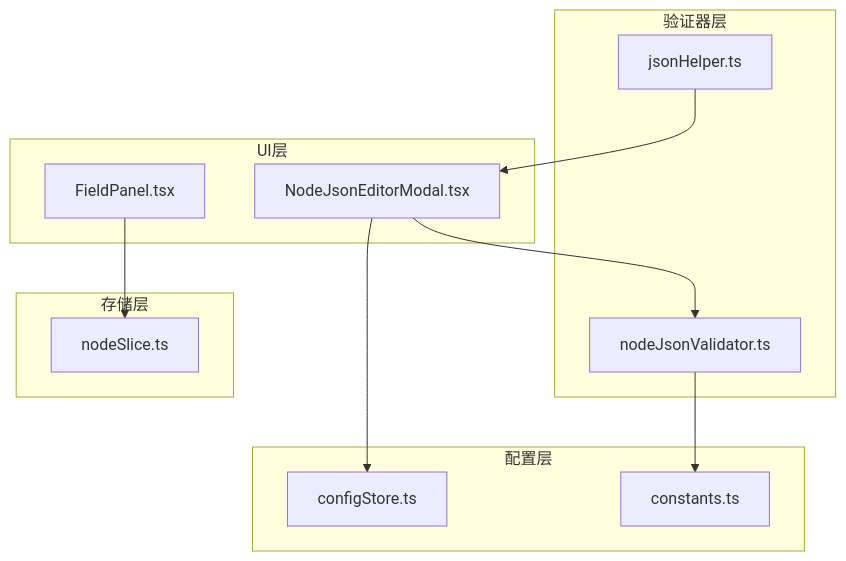
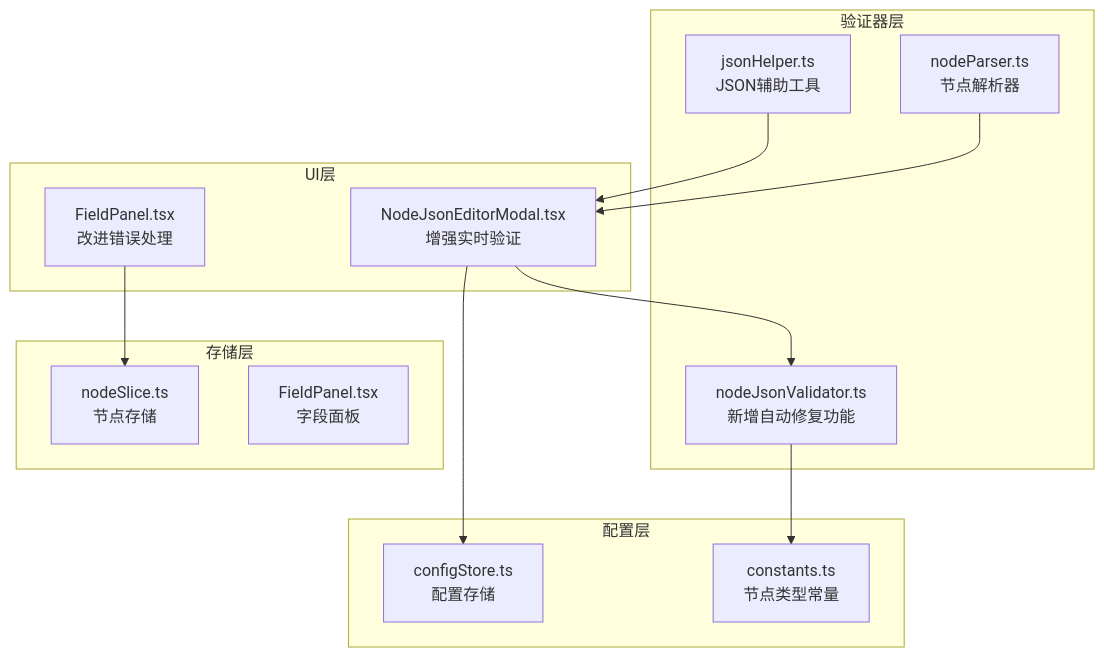
The sixth of 6 diagrams in .qoder/repowiki/zh/content/字段配置系统/字段验证系统/节点JSON验证器.md (kqcoxn/MaaPipelineEditor), drawn with Mermaid before and after one commit. The commit also changed other lines of this file and 17 other files, not shown here.

````diff
--- a/.qoder/repowiki/zh/content/字段配置系统/字段验证系统/节点JSON验证器.md
+++ b/.qoder/repowiki/zh/content/字段配置系统/字段验证系统/节点JSON验证器.md
@@ -248,23 +293,26 @@
 ```mermaid
 graph TB
 subgraph "验证器层"
-A[nodeJsonValidator.ts]
-B[jsonHelper.ts]
+A[nodeJsonValidator.ts<br/>新增自动修复功能]
+B[jsonHelper.ts<br/>JSON辅助工具]
+C[nodeParser.ts<br/>节点解析器]
 end
 subgraph "UI层"
-C[NodeJsonEditorModal.tsx]
-D[FieldPanel.tsx]
+D[NodeJsonEditorModal.tsx<br/>增强实时验证]
+E[FieldPanel.tsx<br/>改进错误处理]
 end
 subgraph "配置层"
-E[configStore.ts]
-F[constants.ts]
+F[configStore.ts<br/>配置存储]
+G[constants.ts<br/>节点类型常量]
 end
 subgraph "存储层"
-G[nodeSlice.ts]
+H[nodeSlice.ts<br/>节点存储]
+I[FieldPanel.tsx<br/>字段面板]
 end
-A --> F
-C --> A
-C --> E
-D --> G
-B --> C
+A --> G
+D --> A
+D --> F
+E --> H
+B --> D
+C --> D
 ```
````
